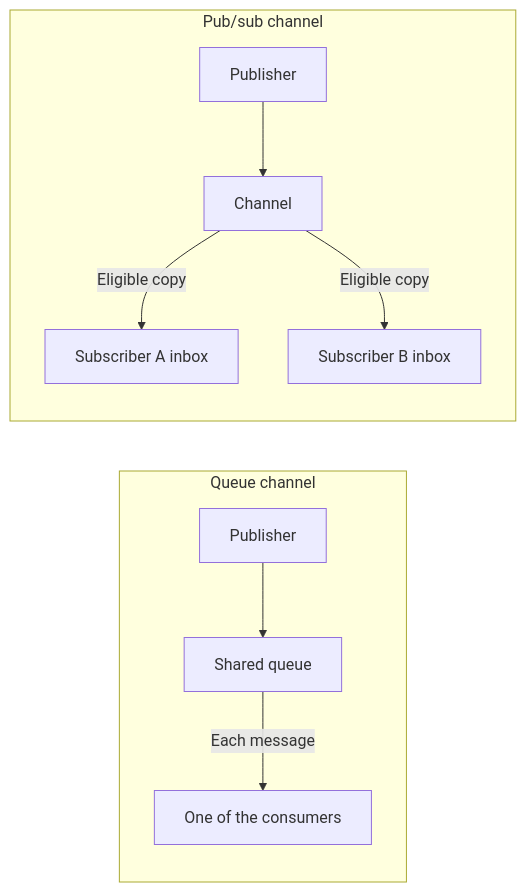
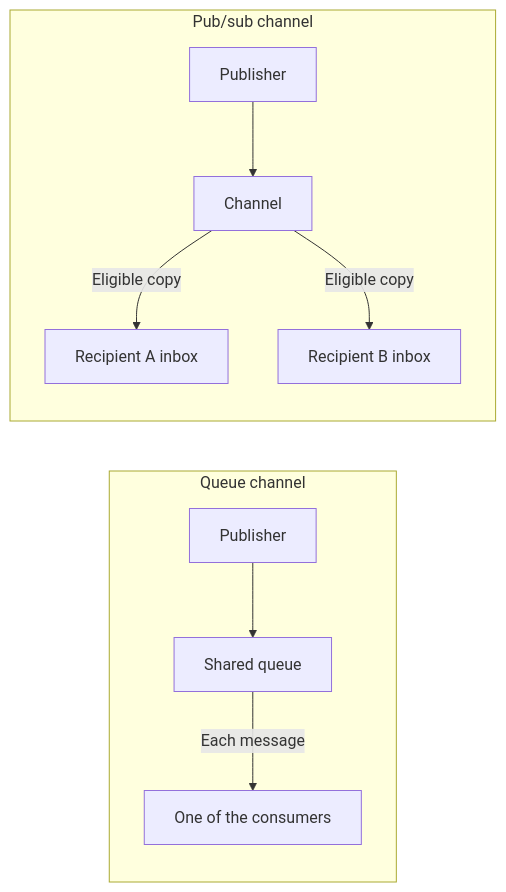
Before and after one commit to parf/ai-agent-bus: the diagram in docs/03-records-channel.md, drawn with Mermaid. The commit also changed other lines of this file and 35 other files, not shown here.

````diff
--- a/docs/03-records-channel.md
+++ b/docs/03-records-channel.md
@@ -37,12 +37,12 @@
 ```mermaid
 flowchart LR
     subgraph Queue[Queue channel]
         P1[Publisher] --> Q[Shared queue]
         Q -->|Each message| One[One of the consumers]
     end
     subgraph Pubsub[Pub/sub channel]
         P2[Publisher] --> T[Channel]
-        T -->|Eligible copy| A[Subscriber A inbox]
-        T -->|Eligible copy| B[Subscriber B inbox]
+        T -->|Eligible copy| A[Recipient A inbox]
+        T -->|Eligible copy| B[Recipient B inbox]
     end
 ```
````
